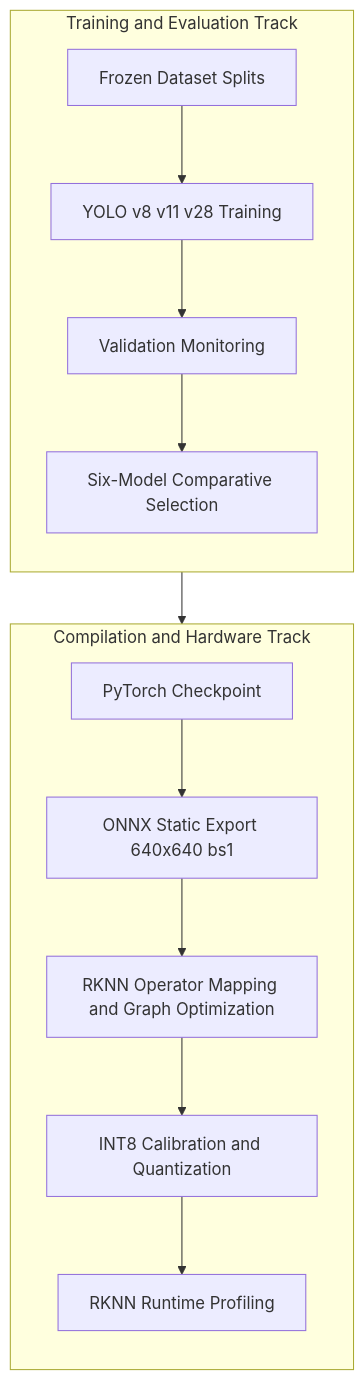
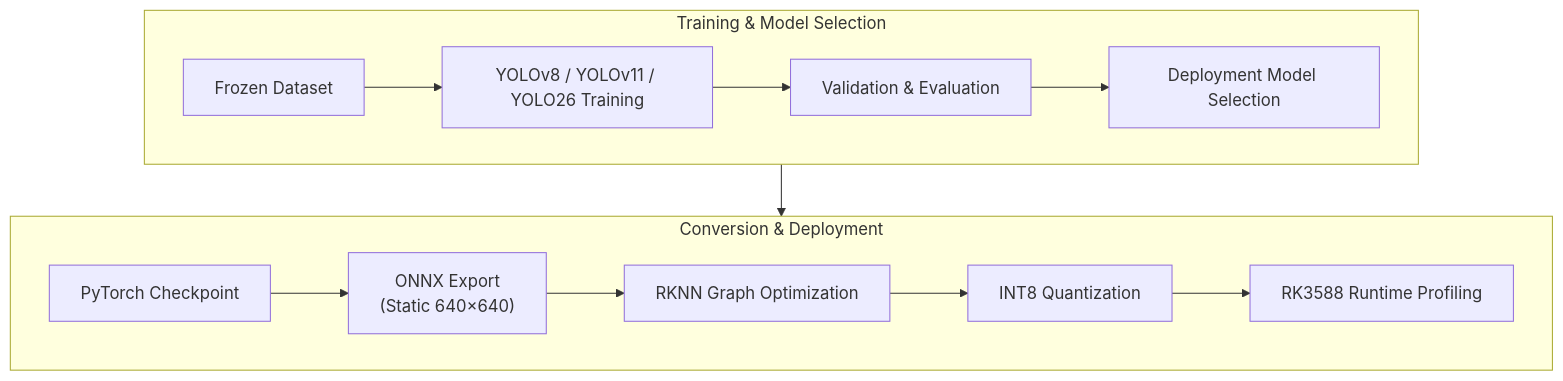
One commit to InvictusRex/SentinelBlue changed the second of 2 diagrams in README.md. Above: the diagram before and after it, drawn with Mermaid. The commit also changed other lines of this file, not shown here.

````diff
--- a/README.md
+++ b/README.md
@@ -119,19 +173,24 @@
 ```mermaid
-flowchart TD
-    subgraph Q1[Training and Evaluation Track]
-        direction TB
-        A1[Frozen Dataset Splits] --> A2[YOLO v8 v11 v28 Training]
-        A2 --> A3[Validation Monitoring]
-        A3 --> A4[Six-Model Comparative Selection]
-    end
+flowchart TB
 
-    subgraph Q2[Compilation and Hardware Track]
-        direction TB
-        B1[PyTorch Checkpoint] --> B2[ONNX Static Export 640x640 bs1]
-        B2 --> B3[RKNN Operator Mapping and Graph Optimization]
-        B3 --> B4[INT8 Calibration and Quantization]
-        B4 --> B5[RKNN Runtime Profiling]
-    end
+%% ================= TRAINING TRACK =================
+subgraph T1["Training & Model Selection"]
+direction LR
+A1["Frozen Dataset"]
+--> A2["YOLOv8 / YOLOv11 / YOLO26 Training"]
+--> A3["Validation & Evaluation"]
+--> A4["Deployment Model Selection"]
+end
 
-    A4 --> B1
+%% ================= DEPLOYMENT TRACK =================
+subgraph T2["Conversion & Deployment"]
+direction LR
+B1["PyTorch Checkpoint"]
+--> B2["ONNX Export<br/>(Static 640×640)"]
+--> B3["RKNN Graph Optimization"]
+--> B4["INT8 Quantization"]
+--> B5["RK3588 Runtime Profiling"]
+end
+
+A4 --> B1
 ```
````
